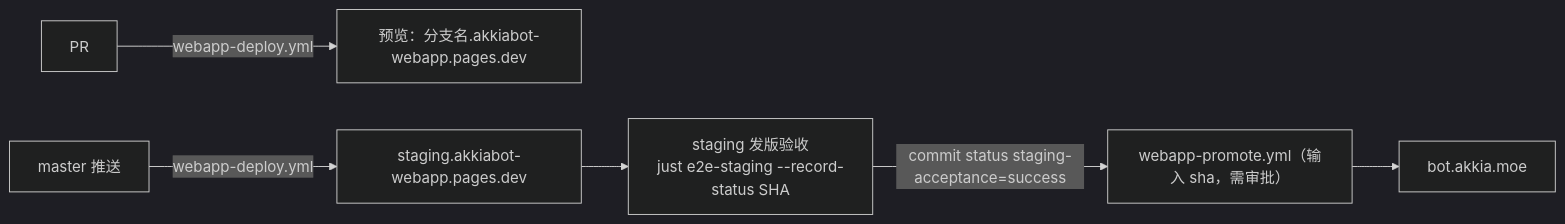
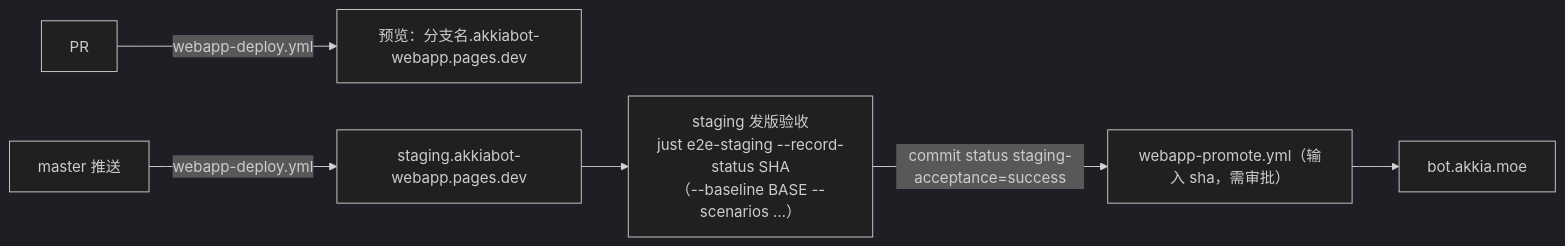
One commit to AkkiaLab/AkkiaBot changed the diagram in docs/webapp.md. Above: the diagram before and after it, drawn with Mermaid (dark theme). The commit also changed other lines of this file and 12 other files, not shown here.

````diff
--- a/docs/webapp.md
+++ b/docs/webapp.md
@@ -42,8 +42,8 @@
 ```mermaid
 flowchart LR
     PR[PR] -->|webapp-deploy.yml| P["预览：分支名.akkiabot-webapp.pages.dev"]
     M[master 推送] -->|webapp-deploy.yml| S["staging.akkiabot-webapp.pages.dev"]
-    S --> A["staging 发版验收<br/>just e2e-staging --record-status SHA"]
+    S --> A["staging 发版验收<br/>just e2e-staging --record-status SHA<br/>（--baseline BASE --scenarios …）"]
     A -->|commit status staging-acceptance=success| G["webapp-promote.yml（输入 sha，需审批）"]
     G --> Prod["bot.akkia.moe"]
 ```
````
